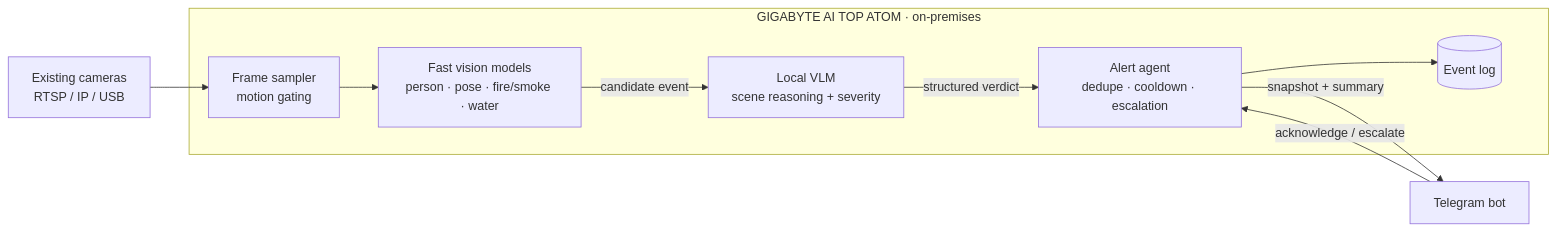
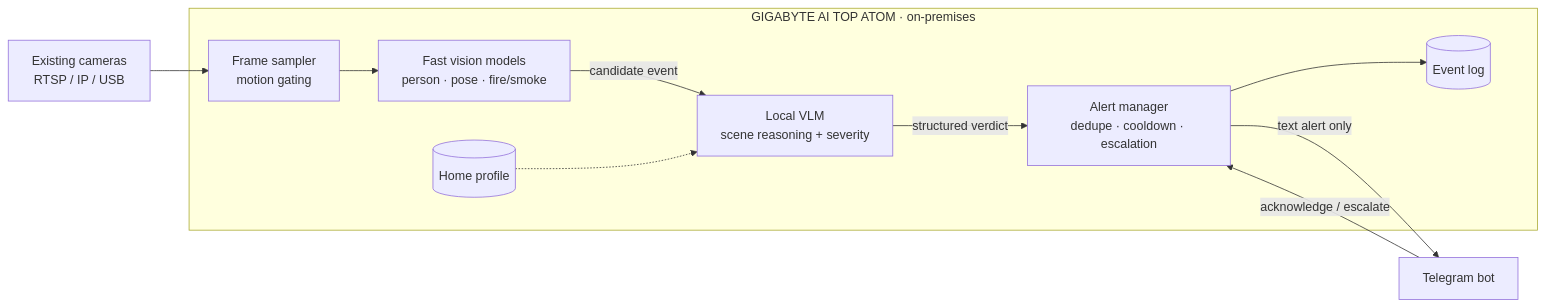
Before and after one commit to derek2403/sentry: the diagram in README.md, drawn with Mermaid. The commit also changed other lines of this file, not shown here.

Commit message:
docs: update README with detailed architecture, MVP scope, and local privacy design

````diff
--- a/README.md
+++ b/README.md
@@ -48,14 +52,15 @@
 ```mermaid
 flowchart LR
     CAM["Existing cameras<br/>RTSP / IP / USB"] --> SAMPLE
 
     subgraph ATOM["GIGABYTE AI TOP ATOM · on-premises"]
-        SAMPLE["Frame sampler<br/>motion gating"] --> FAST["Fast vision models<br/>person · pose · fire/smoke · water"]
+        SAMPLE["Frame sampler<br/>motion gating"] --> FAST["Fast vision models<br/>person · pose · fire/smoke"]
         FAST -->|candidate event| VLM["Local VLM<br/>scene reasoning + severity"]
-        VLM -->|structured verdict| AGENT["Alert agent<br/>dedupe · cooldown · escalation"]
-        AGENT --> LOG[("Event log")]
+        CTX[("Home profile")] -.-> VLM
+        VLM -->|structured verdict| MGR["Alert manager<br/>dedupe · cooldown · escalation"]
+        MGR --> LOG[("Event log")]
     end
 
-    AGENT -->|snapshot + summary| TG["Telegram bot"]
-    TG -->|acknowledge / escalate| AGENT
+    MGR -->|text alert only| TG["Telegram bot"]
+    TG -->|acknowledge / escalate| MGR
 ```
````
